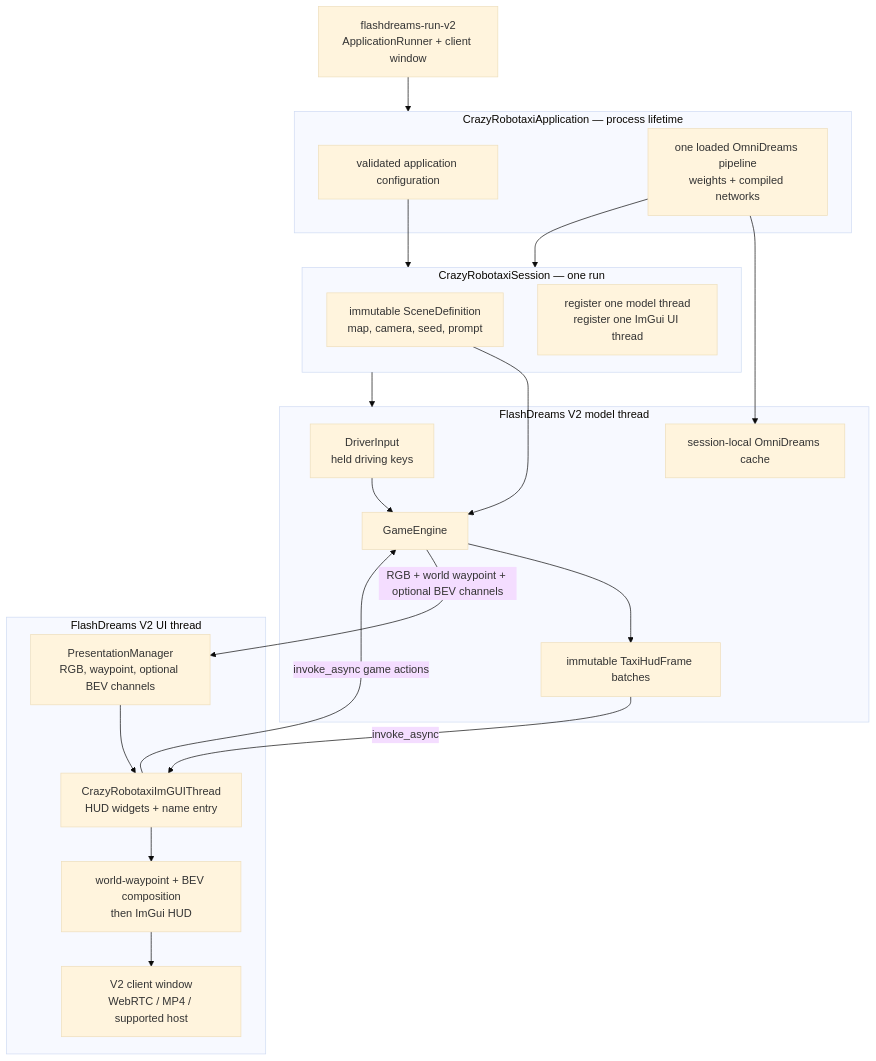
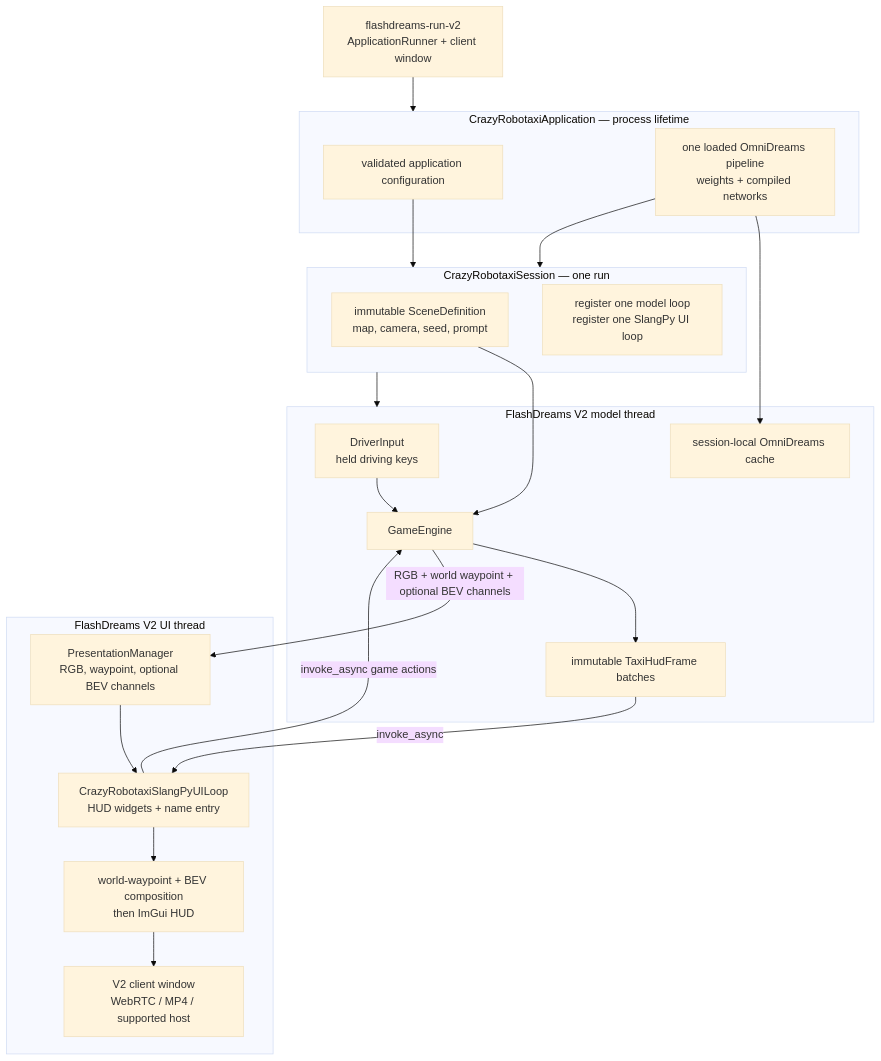
Before and after one commit to NVIDIA/flashdreams: the first of 5 diagrams in docs/design/crazy_robotaxi_v2_architecture.md, drawn with Mermaid (base theme). The commit also changed other lines of this file and 5 other files, not shown here.

Commit message:
Adapt Crazy Robotaxi to merged V2 loop API

````diff
--- a/docs/design/crazy_robotaxi_v2_architecture.md
+++ b/docs/design/crazy_robotaxi_v2_architecture.md
@@ -30,41 +30,41 @@
 ```mermaid
 flowchart TD
     HOST["flashdreams-run-v2<br/>ApplicationRunner + client window"]
 
     subgraph APP["CrazyRobotaxiApplication — process lifetime"]
         ARGS["validated application configuration"]
         PIPELINE["one loaded OmniDreams pipeline<br/>weights + compiled networks"]
     end
 
     subgraph SESSION["CrazyRobotaxiSession — one run"]
         SCENE["immutable SceneDefinition<br/>map, camera, seed, prompt"]
-        REG["register one model thread<br/>register one ImGui UI thread"]
+        REG["register one model loop<br/>register one SlangPy UI loop"]
     end
 
     subgraph MODELTHREAD["FlashDreams V2 model thread"]
         INPUT["DriverInput<br/>held driving keys"]
         ENGINE["GameEngine"]
         CACHE["session-local OmniDreams cache"]
         HUDSTATE["immutable TaxiHudFrame batches"]
     end
 
     subgraph UITHREAD["FlashDreams V2 UI thread"]
         BUFFER["PresentationManager<br/>RGB, waypoint, optional BEV channels"]
-        HUD["CrazyRobotaxiImGUIThread<br/>HUD widgets + name entry"]
+        HUD["CrazyRobotaxiSlangPyUILoop<br/>HUD widgets + name entry"]
         COMPOSE["world-waypoint + BEV composition<br/>then ImGui HUD"]
         WINDOW["V2 client window<br/>WebRTC / MP4 / supported host"]
     end
 
     HOST --> APP
     ARGS --> SESSION
     PIPELINE --> SESSION
     SESSION --> MODELTHREAD
     SCENE --> ENGINE
     PIPELINE --> CACHE
     INPUT --> ENGINE
     ENGINE --> HUDSTATE
     ENGINE -->|"RGB + world waypoint + optional BEV channels"| BUFFER
     HUDSTATE -->|"invoke_async"| HUD
     HUD -->|"invoke_async game actions"| ENGINE
     BUFFER --> HUD --> COMPOSE --> WINDOW
 ```
````
